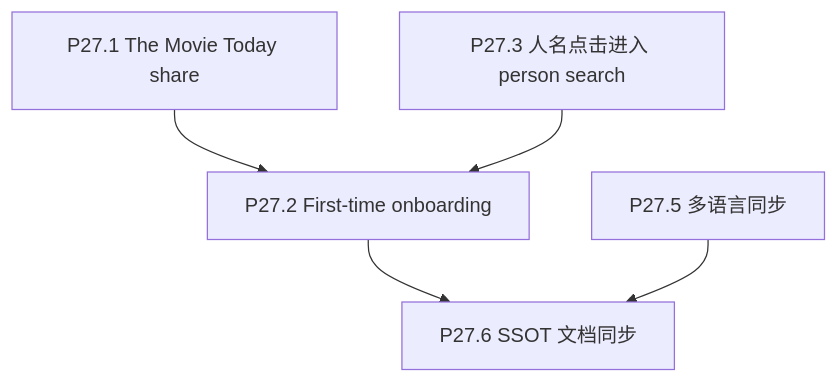
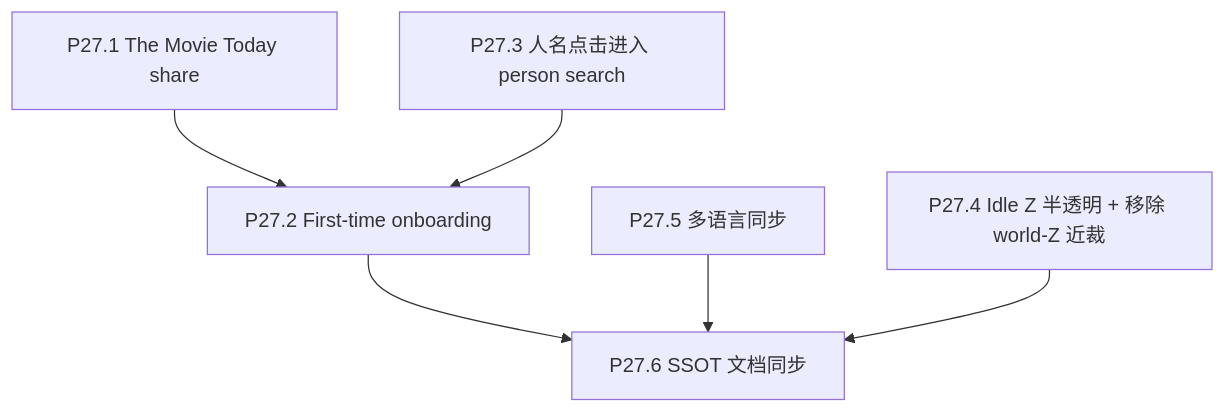
One commit to XYBuilds/chronicle_v3_3d_galaxy changed the diagram in .cursor/plans/phase_27_growth_light_features.plan.md. Above: the diagram before and after it, drawn with Mermaid. The commit also changed other lines of this file and 9 other files, not shown here.

First line of the commit message:
P27.4: idle timeline Z dim (mode/outsideAlpha) and remove world-Z near cull

````diff
--- a/.cursor/plans/phase_27_growth_light_features.plan.md
+++ b/.cursor/plans/phase_27_growth_light_features.plan.md
@@ -45,13 +49,15 @@
 ```mermaid
 flowchart TD
     P271["P27.1 The Movie Today share"]
     P272["P27.2 First-time onboarding"]
     P273["P27.3 人名点击进入 person search"]
+    P274["P27.4 Idle Z 半透明 + 移除 world-Z 近裁"]
     P275["P27.5 多语言同步"]
     P276["P27.6 SSOT 文档同步"]
 
     P271 --> P272
     P273 --> P272
     P272 --> P276
     P275 --> P276
+    P274 --> P276
 ```
````
